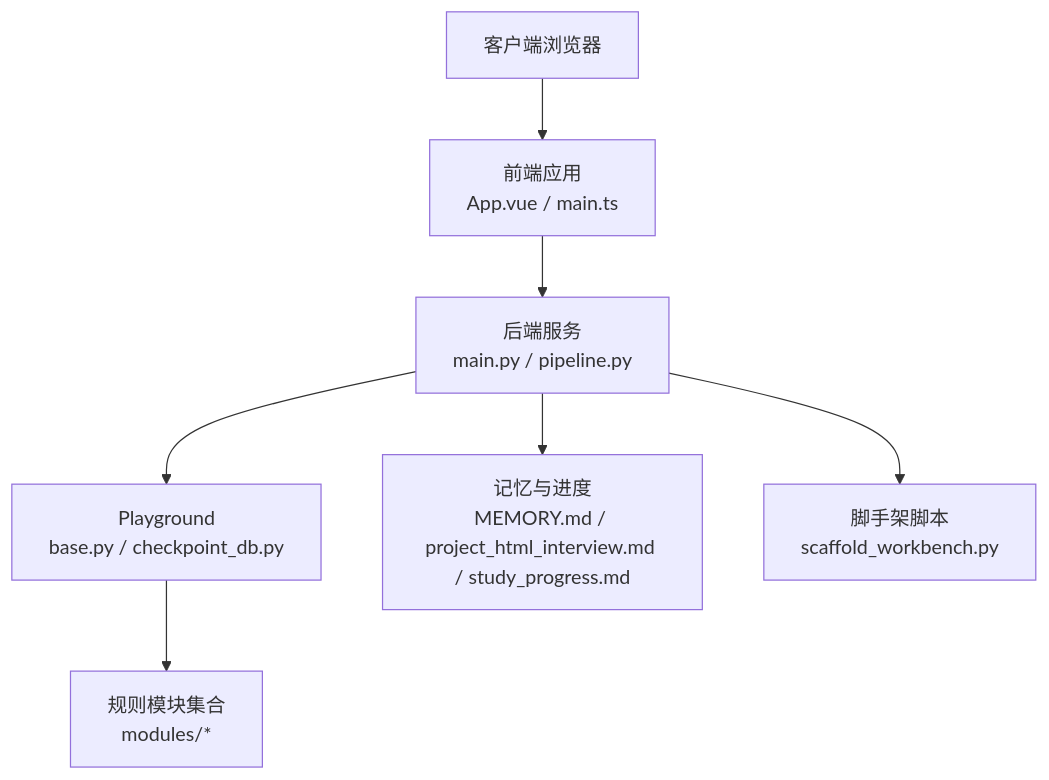
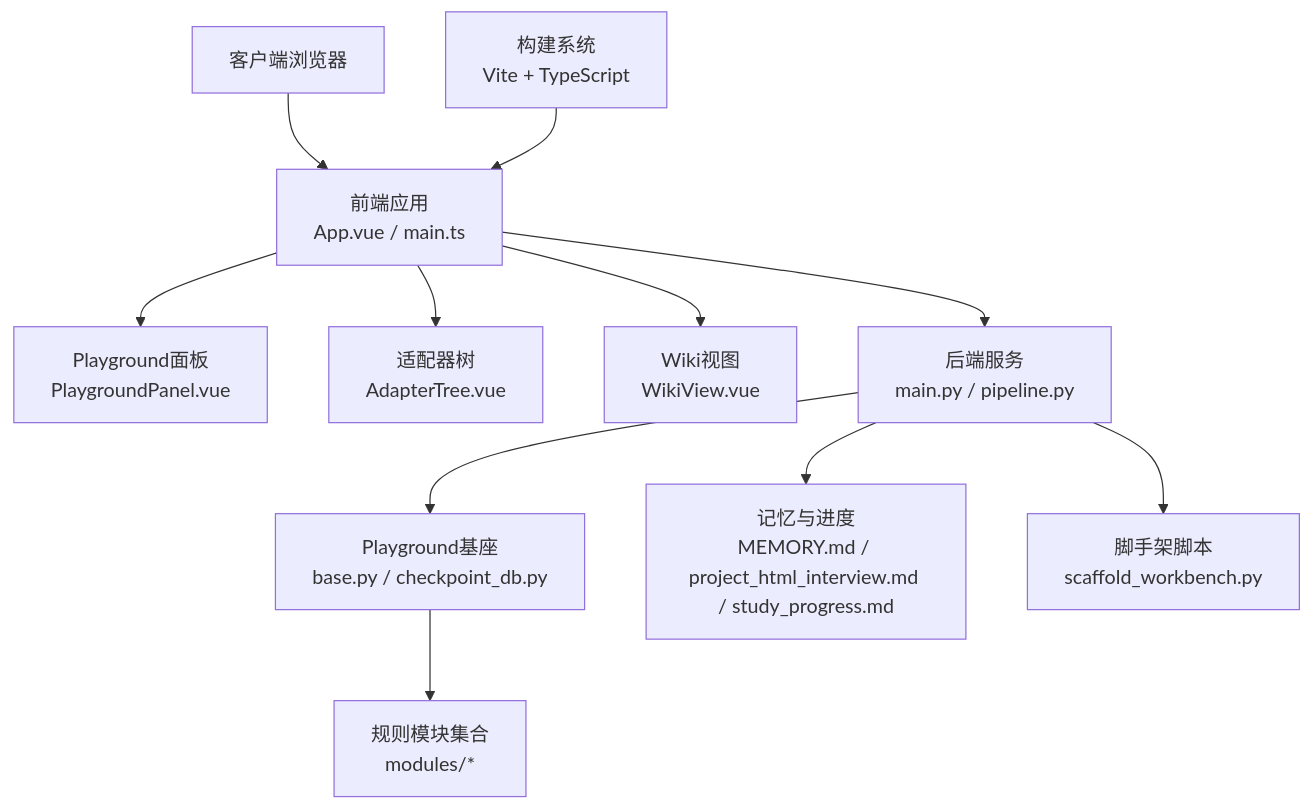
Before and after one commit to king-l6/agent_application_development: the second of 3 diagrams in .qoder/repowiki/zh/content/智能体工程/智能体工作台开发.md, drawn with Mermaid. The commit also changed other lines of this file and 428 other files, not shown here.

````diff
--- a/.qoder/repowiki/zh/content/智能体工程/智能体工作台开发.md
+++ b/.qoder/repowiki/zh/content/智能体工程/智能体工作台开发.md
@@ -136,9 +180,13 @@
 ```mermaid
 graph TB
 Client["客户端浏览器"] --> Frontend["前端应用<br/>App.vue / main.ts"]
+Frontend --> Playground["Playground面板<br/>PlaygroundPanel.vue"]
+Frontend --> AdapterTree["适配器树<br/>AdapterTree.vue"]
+Frontend --> WikiView["Wiki视图<br/>WikiView.vue"]
 Frontend --> Backend["后端服务<br/>main.py / pipeline.py"]
-Backend --> Playground["Playground<br/>base.py / checkpoint_db.py"]
-Playground --> Modules["规则模块集合<br/>modules/*"]
+Backend --> PlaygroundBase["Playground基座<br/>base.py / checkpoint_db.py"]
+PlaygroundBase --> Modules["规则模块集合<br/>modules/*"]
 Backend --> Memory["记忆与进度<br/>MEMORY.md / project_html_interview.md / study_progress.md"]
 Backend --> Scaffold["脚手架脚本<br/>scaffold_workbench.py"]
+BuildSystem["构建系统<br/>Vite + TypeScript"] --> Frontend
 ```
````
